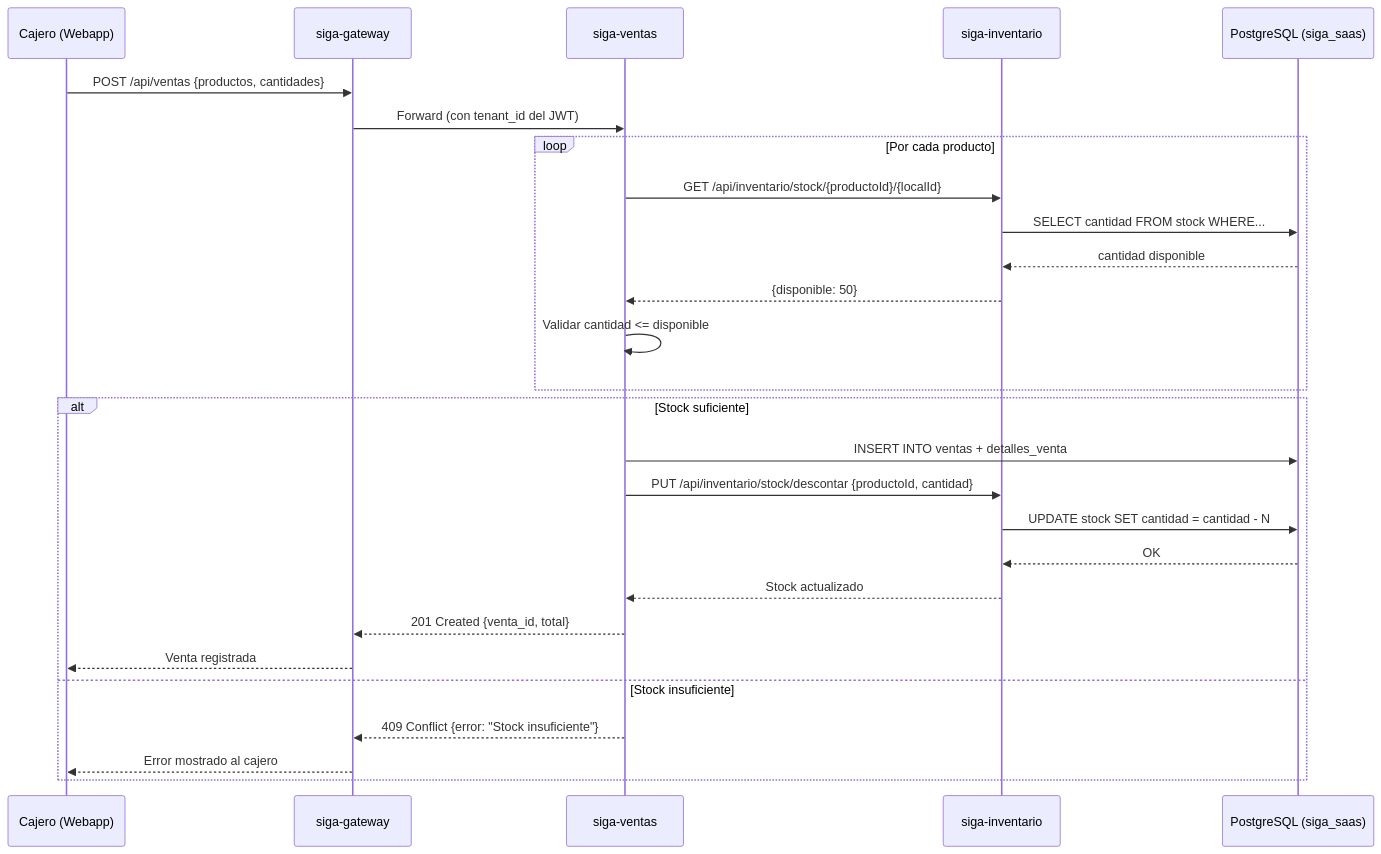
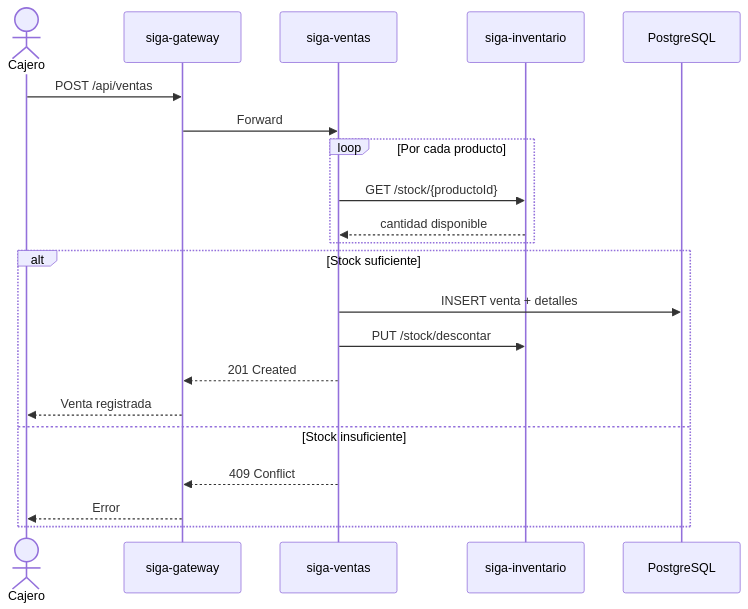
Before and after one commit to HecAguilaV/SIGA: the fifth of 9 diagrams in openspec/changes/migracion-microservicios/architecture-diagrams.md, drawn with Mermaid. The commit also changed other lines of this file, not shown here.

Commit message:
docs: rediseñar diagramas con layouts limpios y líneas rectas

````diff
--- a/openspec/changes/migracion-microservicios/architecture-diagrams.md
+++ b/openspec/changes/migracion-microservicios/architecture-diagrams.md
@@ -114,32 +134,26 @@
 ```mermaid
 sequenceDiagram
-    participant C as Cajero (Webapp)
+    actor C as Cajero
     participant GW as siga-gateway
     participant VE as siga-ventas
     participant IN as siga-inventario
-    participant DB as PostgreSQL (siga_saas)
+    participant DB as PostgreSQL
 
-    C->>GW: POST /api/ventas {productos, cantidades}
-    GW->>VE: Forward (con tenant_id del JWT)
+    C->>GW: POST /api/ventas
+    GW->>VE: Forward
 
     loop Por cada producto
-        VE->>IN: GET /api/inventario/stock/{productoId}/{localId}
-        IN->>DB: SELECT cantidad FROM stock WHERE...
-        DB-->>IN: cantidad disponible
-        IN-->>VE: {disponible: 50}
-        VE->>VE: Validar cantidad <= disponible
+        VE->>IN: GET /stock/{productoId}
+        IN-->>VE: cantidad disponible
     end
 
     alt Stock suficiente
-        VE->>DB: INSERT INTO ventas + detalles_venta
-        VE->>IN: PUT /api/inventario/stock/descontar {productoId, cantidad}
-        IN->>DB: UPDATE stock SET cantidad = cantidad - N
-        DB-->>IN: OK
-        IN-->>VE: Stock actualizado
-        VE-->>GW: 201 Created {venta_id, total}
+        VE->>DB: INSERT venta + detalles
+        VE->>IN: PUT /stock/descontar
+        VE-->>GW: 201 Created
         GW-->>C: Venta registrada
     else Stock insuficiente
-        VE-->>GW: 409 Conflict {error: "Stock insuficiente"}
-        GW-->>C: Error mostrado al cajero
+        VE-->>GW: 409 Conflict
+        GW-->>C: Error
     end
 ```
````
